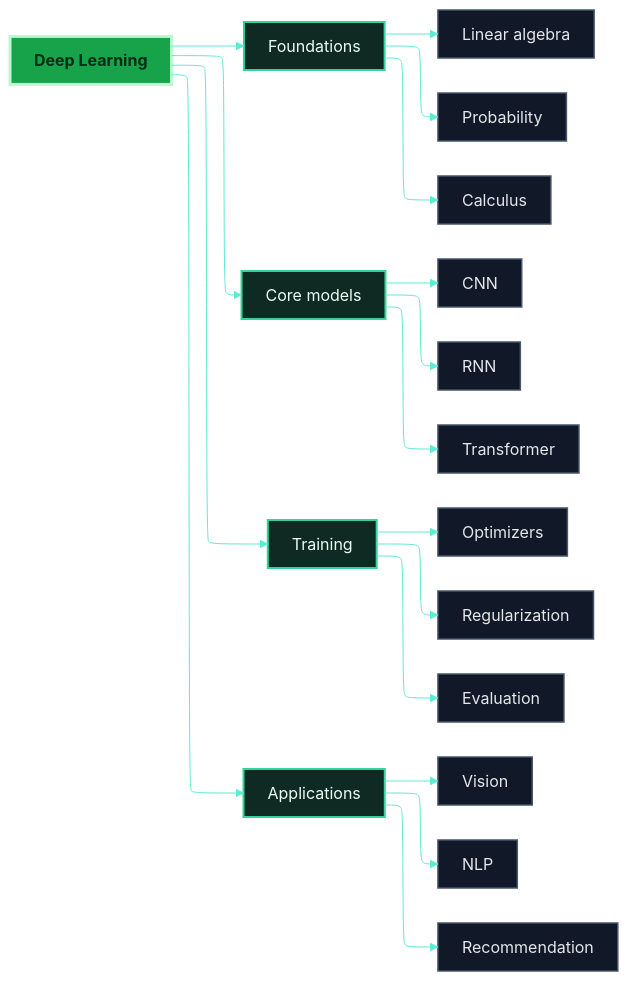
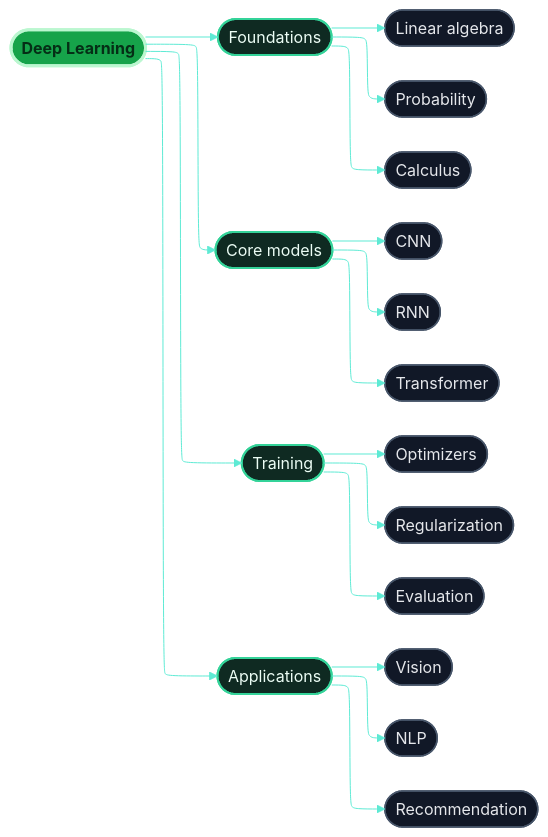
The diagram in essentials/mindmap.mdx (VectorPeak/docs), drawn with Mermaid before and after one commit. The commit also changed other lines of this file, not shown here.

Commit message:
docs: round Mermaid mind map nodes

````diff
--- a/essentials/mindmap.mdx
+++ b/essentials/mindmap.mdx
@@ -11,52 +11,52 @@
 ```mermaid actions={false}
 %%{init: {
   "theme": "base",
   "themeVariables": {
     "background": "#0b0f0d",
     "primaryColor": "#0f172a",
     "primaryTextColor": "#e5f7ee",
     "primaryBorderColor": "#34d399",
     "lineColor": "#5eead4",
     "tertiaryColor": "#111827",
     "fontFamily": "ui-sans-serif, system-ui, sans-serif"
   },
   "flowchart": {
     "defaultRenderer": "elk",
     "curve": "basis",
     "nodeSpacing": 36,
     "rankSpacing": 68,
     "padding": 12
   }
 }}%%
 flowchart LR
-    DL["Deep Learning"]
+    DL(["Deep Learning"])
 
-    DL --> F["Foundations"]
-    DL --> M["Core models"]
-    DL --> T["Training"]
-    DL --> A["Applications"]
+    DL --> F(["Foundations"])
+    DL --> M(["Core models"])
+    DL --> T(["Training"])
+    DL --> A(["Applications"])
 
-    F --> F1["Linear algebra"]
-    F --> F2["Probability"]
-    F --> F3["Calculus"]
+    F --> F1(["Linear algebra"])
+    F --> F2(["Probability"])
+    F --> F3(["Calculus"])
 
-    M --> M1["CNN"]
-    M --> M2["RNN"]
-    M --> M3["Transformer"]
+    M --> M1(["CNN"])
+    M --> M2(["RNN"])
+    M --> M3(["Transformer"])
 
-    T --> T1["Optimizers"]
-    T --> T2["Regularization"]
-    T --> T3["Evaluation"]
+    T --> T1(["Optimizers"])
+    T --> T2(["Regularization"])
+    T --> T3(["Evaluation"])
 
-    A --> A1["Vision"]
-    A --> A2["NLP"]
-    A --> A3["Recommendation"]
+    A --> A1(["Vision"])
+    A --> A2(["NLP"])
+    A --> A3(["Recommendation"])
 
-    classDef root fill:#16a34a,color:#052e16,stroke:#bbf7d0,stroke-width:3px,font-weight:bold;
-    classDef section fill:#0f2a22,color:#ecfdf5,stroke:#34d399,stroke-width:2px;
-    classDef leaf fill:#111827,color:#e5e7eb,stroke:#475569,stroke-width:1.5px;
+    classDef root fill:#16a34a,color:#052e16,stroke:#bbf7d0,stroke-width:3px,font-weight:bold,rx:18,ry:18;
+    classDef section fill:#0f2a22,color:#ecfdf5,stroke:#34d399,stroke-width:2px,rx:16,ry:16;
+    classDef leaf fill:#111827,color:#e5e7eb,stroke:#475569,stroke-width:1.5px,rx:14,ry:14;
 
     class DL root;
     class F,M,T,A section;
     class F1,F2,F3,M1,M2,M3,T1,T2,T3,A1,A2,A3 leaf;
 ```
````
